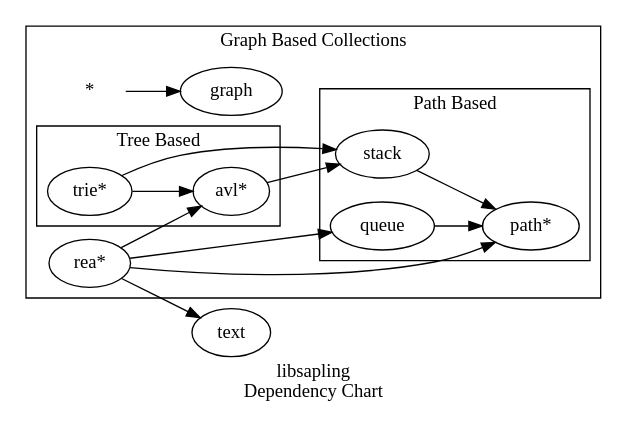
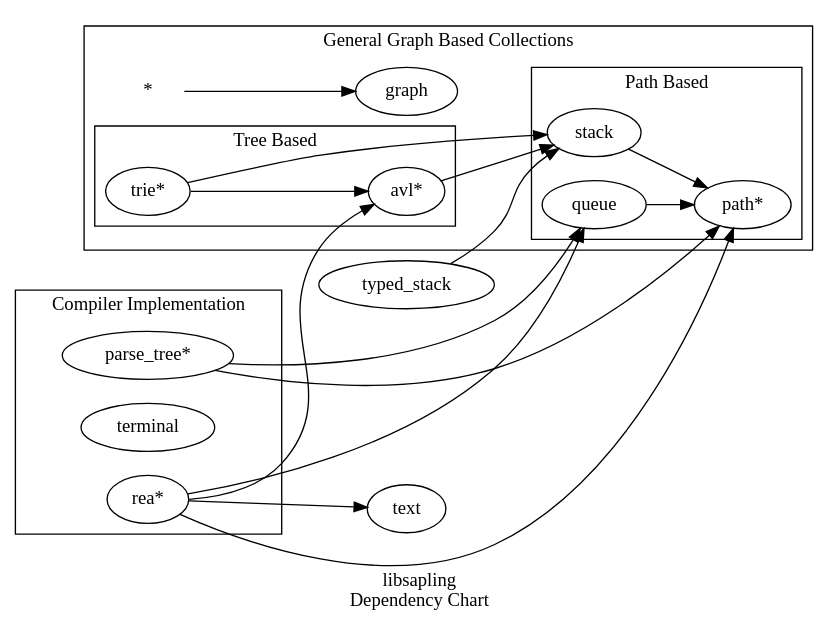
One commit to andriybyelikov/libsapling changed the diagram in docs/lib.gv. Above: the diagram before and after it, drawn with Graphviz. The commit also changed 10 other files, not shown here.

Commit message:
Implement parse tree, path printing, file scope typed stack operations definition macro, move terminal implementation from compiler

```diff
--- a/docs/lib.gv
+++ b/docs/lib.gv
@@ -1,35 +1,42 @@
 digraph
 {
     label="libsapling\nDependency Chart";
     rankdir=LR;
 
     subgraph cluster_gbc
     {
-        label="Graph Based Collections";
+        label="General Graph Based Collections";
 
         _graph[label="graph"];
         all[shape=none;label="*"];
         all->_graph;
 
         subgraph cluster_pbc {
             label="Path Based";
             path[label="path*"];
             stack->path;
             queue->path;
         }
 
         subgraph cluster_tbc {
             label="Tree Based";
             avl[label="avl*"];
             avl->stack;
             trie[label="trie*"];
             trie->avl,stack;
         }
+    }
 
+    subgraph cluster_compiler {
+        label="Compiler Implementation";
         rea[label="rea*"];
         rea->path,queue,avl;
+        terminal;
+        parse_tree[label="parse_tree*"];
+        parse_tree->path,queue;
     }
 
     text;
     rea->text;
+    typed_stack->stack;
 }
```
